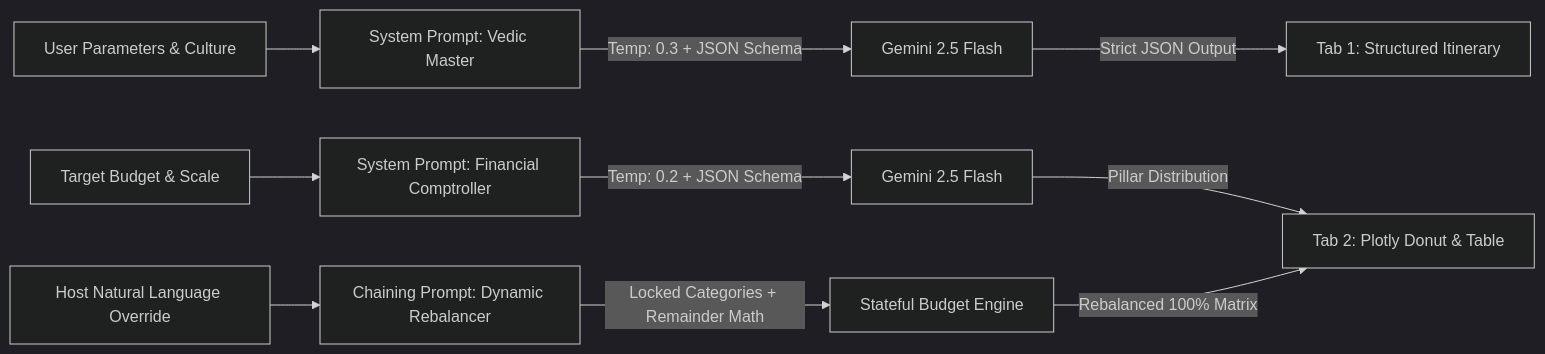
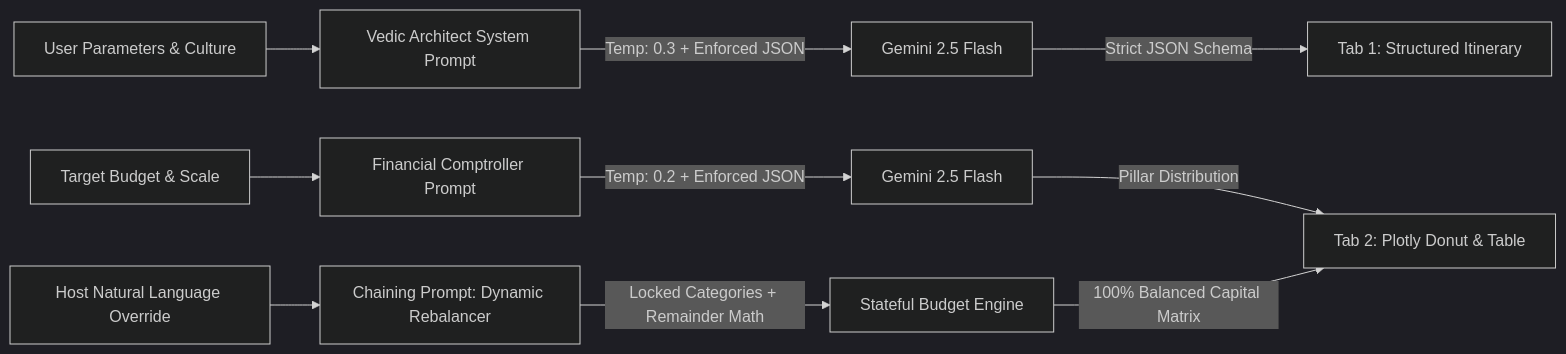
The third of 3 diagrams in README.md (Tirth3929v/utsavai), drawn with Mermaid (dark theme) before and after one commit. The commit also changed other lines of this file, not shown here.

````diff
--- a/README.md
+++ b/README.md
@@ -100,14 +195,14 @@
 ```mermaid
 flowchart LR
-    A[User Parameters & Culture] --> B[System Prompt: Vedic Master]
-    B -->|Temp: 0.3 + JSON Schema| C[Gemini 2.5 Flash]
-    C -->|Strict JSON Output| D[Tab 1: Structured Itinerary]
+    A[User Parameters & Culture] --> B[Vedic Architect System Prompt]
+    B -->|Temp: 0.3 + Enforced JSON| C[Gemini 2.5 Flash]
+    C -->|Strict JSON Schema| D[Tab 1: Structured Itinerary]
     
-    E[Target Budget & Scale] --> F[System Prompt: Financial Comptroller]
-    F -->|Temp: 0.2 + JSON Schema| G[Gemini 2.5 Flash]
+    E[Target Budget & Scale] --> F[Financial Comptroller Prompt]
+    F -->|Temp: 0.2 + Enforced JSON| G[Gemini 2.5 Flash]
     G -->|Pillar Distribution| H[Tab 2: Plotly Donut & Table]
     
     I[Host Natural Language Override] --> J[Chaining Prompt: Dynamic Rebalancer]
     J -->|Locked Categories + Remainder Math| K[Stateful Budget Engine]
-    K -->|Rebalanced 100% Matrix| H
+    K -->|100% Balanced Capital Matrix| H
 ```
````
